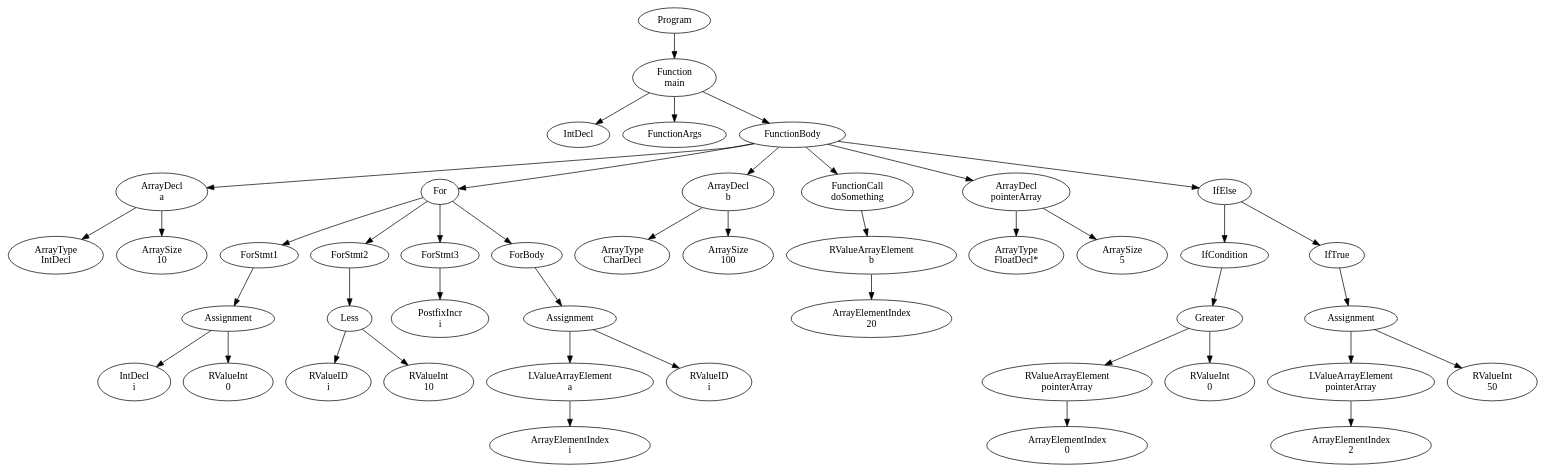
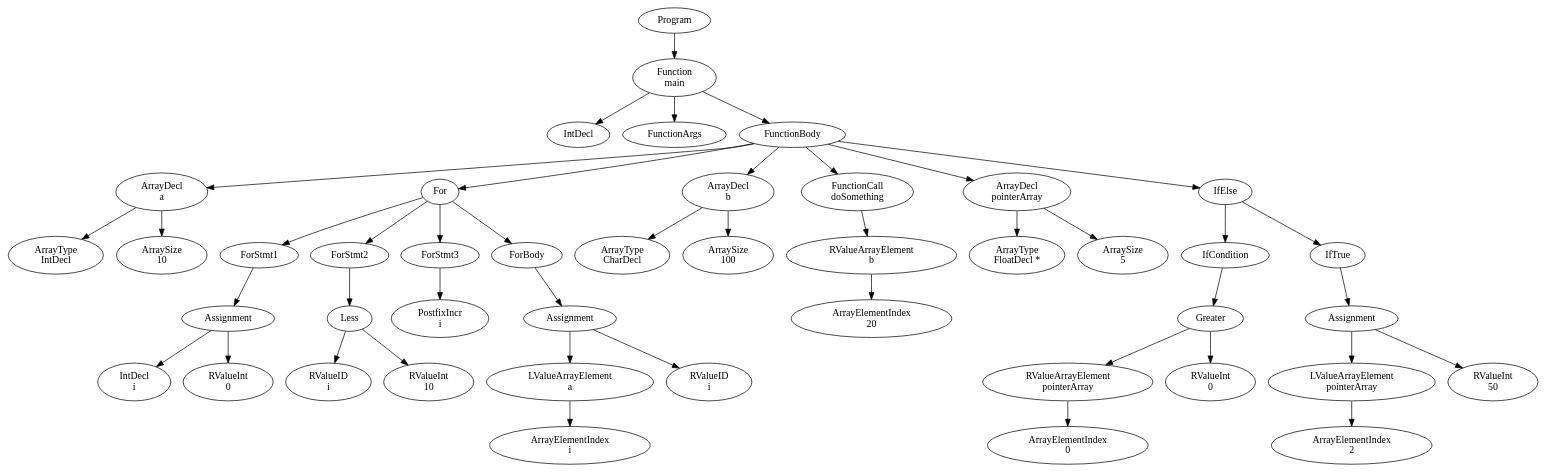
Before and after one commit to FedericoQuin/Compilers: the diagram in official/res/solutions/arrays.dot, drawn with Graphviz. The commit also changed 8 other files, not shown here.

```diff
--- a/official/res/solutions/arrays.dot
+++ b/official/res/solutions/arrays.dot
@@ -1,89 +1,89 @@
 digraph AST {
 1 [label="Program"];
 2 [label="Function \nmain"];
 3 [label="IntDecl"];
 4 [label="FunctionArgs"];
 5 [label="FunctionBody"];
 6 [label="ArrayDecl \na"];
 7 [label="ArrayType \nIntDecl"];
 8 [label="ArraySize \n10"];
 6 -> 7;
 6 -> 8;
 9 [label="For"];
 10 [label="ForStmt1"];
 11 [label="Assignment"];
 12 [label="IntDecl \ni"];
 13 [label="RValueInt \n0"];
 11 -> 12;
 11 -> 13;
 10 -> 11;
 14 [label="ForStmt2"];
 15 [label="Less"];
 16 [label="RValueID \ni"];
 17 [label="RValueInt \n10"];
 15 -> 16;
 15 -> 17;
 14 -> 15;
 18 [label="ForStmt3"];
 19 [label="PostfixIncr \ni"];
 18 -> 19;
 20 [label="ForBody"];
 21 [label="Assignment"];
 22 [label="LValueArrayElement \na"];
 23 [label="ArrayElementIndex \ni"];
 22 -> 23;
 24 [label="RValueID \ni"];
 21 -> 22;
 21 -> 24;
 20 -> 21;
 9 -> 10;
 9 -> 14;
 9 -> 18;
 9 -> 20;
 25 [label="ArrayDecl \nb"];
 26 [label="ArrayType \nCharDecl"];
 27 [label="ArraySize \n100"];
 25 -> 26;
 25 -> 27;
 28 [label="FunctionCall \ndoSomething"];
 29 [label="RValueArrayElement \nb"];
 30 [label="ArrayElementIndex \n20"];
 29 -> 30;
 28 -> 29;
 31 [label="ArrayDecl \npointerArray"];
-32 [label="ArrayType \nFloatDecl*"];
+32 [label="ArrayType \nFloatDecl *"];
 33 [label="ArraySize \n5"];
 31 -> 32;
 31 -> 33;
 34 [label="IfElse"];
 35 [label="IfCondition"];
 36 [label="Greater"];
 37 [label="RValueArrayElement \npointerArray"];
 38 [label="ArrayElementIndex \n0"];
 37 -> 38;
 39 [label="RValueInt \n0"];
 36 -> 37;
 36 -> 39;
 35 -> 36;
 40 [label="IfTrue"];
 41 [label="Assignment"];
 42 [label="LValueArrayElement \npointerArray"];
 43 [label="ArrayElementIndex \n2"];
 42 -> 43;
 44 [label="RValueInt \n50"];
 41 -> 42;
 41 -> 44;
 40 -> 41;
 34 -> 35;
 34 -> 40;
 5 -> 6;
 5 -> 9;
 5 -> 25;
 5 -> 28;
 5 -> 31;
 5 -> 34;
 2 -> 3;
 2 -> 4;
 2 -> 5;
 1 -> 2;
 }
```
